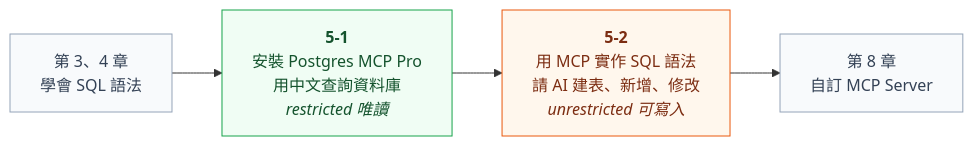
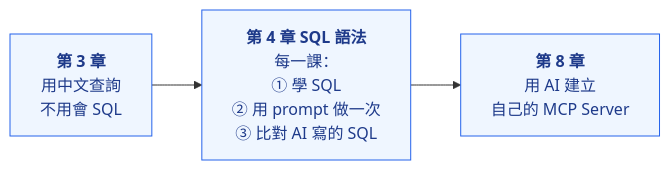
One commit to roberthsu2003/postgreSQL_MCP changed the second of 2 diagrams in MCP操作資料庫/README.md. Above: the diagram before and after it, drawn with Mermaid. The commit also changed other lines of this file and 26 other files, not shown here.

````diff
--- a/MCP操作資料庫/README.md
+++ b/MCP操作資料庫/README.md
@@ -38,13 +47,8 @@
 ```mermaid
 flowchart LR
-    S["第 3、4 章<br/>學會 SQL 語法"] --> U1["<b>5-1</b><br/>安裝 Postgres MCP Pro<br/>用中文查詢資料庫<br/><i>restricted 唯讀</i>"]
-    U1 --> U2["<b>5-2</b><br/>用 MCP 實作 SQL 語法<br/>請 AI 建表、新增、修改<br/><i>unrestricted 可寫入</i>"]
-    U2 --> N["第 8 章<br/>自訂 MCP Server"]
+    C3["<b>第 3 章</b><br/>用中文查詢<br/>不用會 SQL"] --> C4["<b>第 4 章 SQL 語法</b><br/>每一課：<br/>① 學 SQL<br/>② 用 prompt 做一次<br/>③ 比對 AI 寫的 SQL"]
+    C4 --> C8["<b>第 8 章</b><br/>用 AI 建立<br/>自己的 MCP Server"]
 
-    classDef read fill:#f0fdf4,stroke:#16a34a,color:#14532d
-    classDef write fill:#fff7ed,stroke:#ea580c,color:#7c2d12
-    classDef next fill:#f8fafc,stroke:#94a3b8,color:#334155
-    class U1 read
-    class U2 write
-    class S,N next
+    classDef mcp fill:#eff6ff,stroke:#2563eb,color:#1e3a8a
+    class C3,C4,C8 mcp
 ```
````
